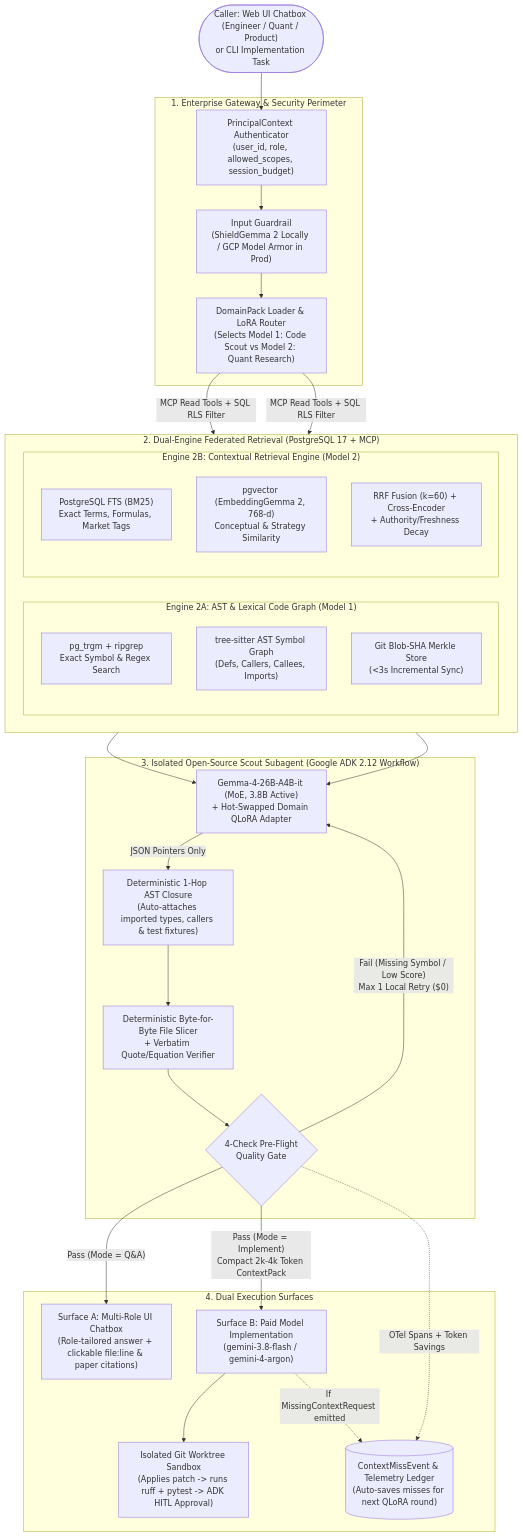
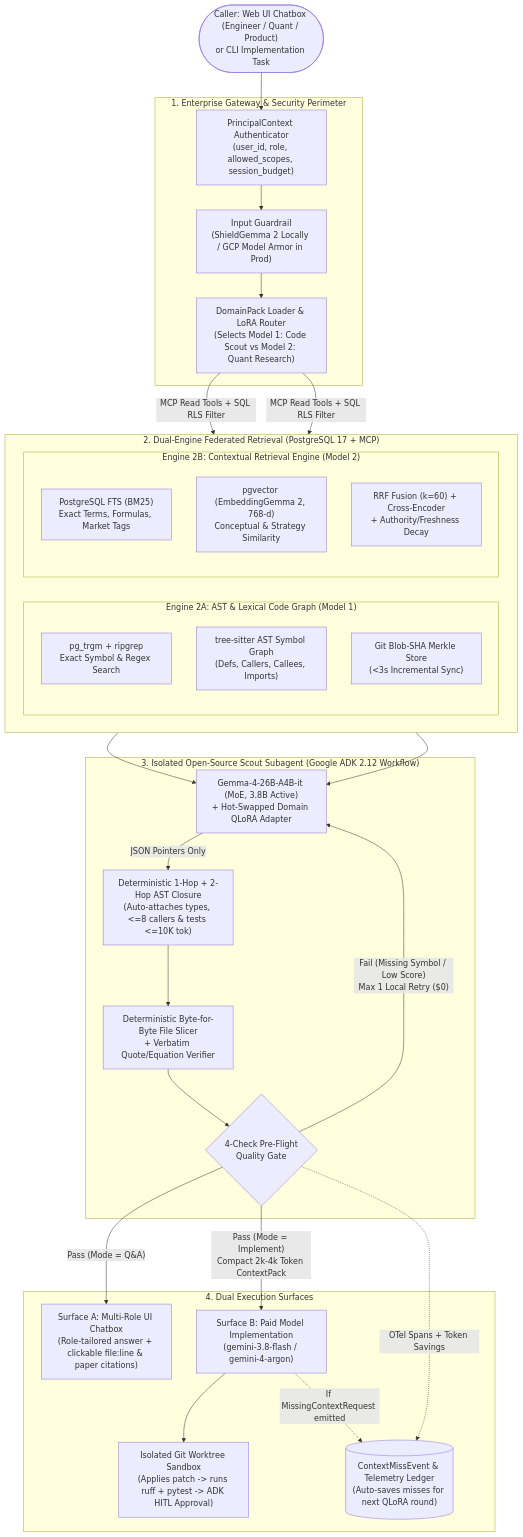
One commit to himanshu2408/enterprise-context-scout changed the first of 2 diagrams in ARCHITECTURE_BLUEPRINT.md. Above: the diagram before and after it, drawn with Mermaid. The commit also changed other lines of this file and 4 other files, not shown here.

Commit message:
docs(readme,ci): sync Stage 8 architecture docs, open items register, and PG17 CI workflow

````diff
--- a/ARCHITECTURE_BLUEPRINT.md
+++ b/ARCHITECTURE_BLUEPRINT.md
@@ -47,51 +47,51 @@
 ```mermaid
 flowchart TD
     User(["Caller: Web UI Chatbox (Engineer / Quant / Product)\nor CLI Implementation Task"])
     
     subgraph Gateway["1. Enterprise Gateway & Security Perimeter"]
         Auth["PrincipalContext Authenticator\n(user_id, role, allowed_scopes, session_budget)"]
         GuardIn["Input Guardrail\n(ShieldGemma 2 Locally / GCP Model Armor in Prod)"]
         Router["DomainPack Loader & LoRA Router\n(Selects Model 1: Code Scout vs Model 2: Quant Research)"]
     end
 
     subgraph Retrieval["2. Dual-Engine Federated Retrieval (PostgreSQL 17 + MCP)"]
         direction LR
         subgraph CodeEngine["Engine 2A: AST & Lexical Code Graph (Model 1)"]
             Trigram["pg_trgm + ripgrep\nExact Symbol & Regex Search"]
             ASTGraph["tree-sitter AST Symbol Graph\n(Defs, Callers, Callees, Imports)"]
             GitMerkle["Git Blob-SHA Merkle Store\n(<3s Incremental Sync)"]
         end
         subgraph DocEngine["Engine 2B: Contextual Retrieval Engine (Model 2)"]
             BM25["PostgreSQL FTS (BM25)\nExact Terms, Formulas, Market Tags"]
             DenseVec["pgvector (EmbeddingGemma 2, 768-d)\nConceptual & Strategy Similarity"]
             Rerank["RRF Fusion (k=60) + Cross-Encoder\n+ Authority/Freshness Decay"]
         end
     end
 
     subgraph ScoutLoop["3. Isolated Open-Source Scout Subagent (Google ADK 2.12 Workflow)"]
         ScoutModel["Gemma-4-26B-A4B-it (MoE, 3.8B Active)\n+ Hot-Swapped Domain QLoRA Adapter"]
-        ASTExpand["Deterministic 1-Hop AST Closure\n(Auto-attaches imported types, callers & test fixtures)"]
+        ASTExpand["Deterministic 1-Hop + 2-Hop AST Closure\n(Auto-attaches types, <=8 callers & tests <=10K tok)"]
         Slicer["Deterministic Byte-for-Byte File Slicer\n+ Verbatim Quote/Equation Verifier"]
         PreFlight{"4-Check Pre-Flight\nQuality Gate"}
     end
 
     subgraph Outputs["4. Dual Execution Surfaces"]
         ChatMode["Surface A: Multi-Role UI Chatbox\n(Role-tailored answer + clickable file:line & paper citations)"]
         PaidHandoff["Surface B: Paid Model Implementation\n(gemini-3.8-flash / gemini-4-argon)"]
         Worktree["Isolated Git Worktree Sandbox\n(Applies patch -> runs ruff + pytest -> ADK HITL Approval)"]
         Flywheel[("ContextMissEvent & Telemetry Ledger\n(Auto-saves misses for next QLoRA round)")]
     end
 
     User --> Auth --> GuardIn --> Router
     Router -->|MCP Read Tools + SQL RLS Filter| CodeEngine
     Router -->|MCP Read Tools + SQL RLS Filter| DocEngine
     CodeEngine --> ScoutModel
     DocEngine --> ScoutModel
     ScoutModel -->|JSON Pointers Only| ASTExpand --> Slicer --> PreFlight
     PreFlight -->|"Fail (Missing Symbol / Low Score)\nMax 1 Local Retry ($0)"| ScoutModel
     PreFlight -->|"Pass (Mode = Q&A)"| ChatMode
     PreFlight -->|"Pass (Mode = Implement)\nCompact 2k-4k Token ContextPack"| PaidHandoff
     PaidHandoff --> Worktree
     PaidHandoff -.->|"If MissingContextRequest emitted"| Flywheel
     PreFlight -.->|"OTel Spans + Token Savings"| Flywheel
 ```
````
